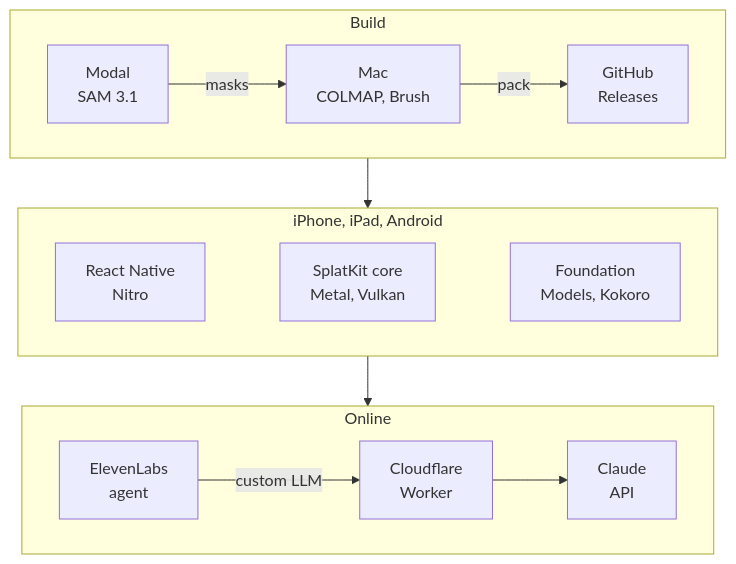
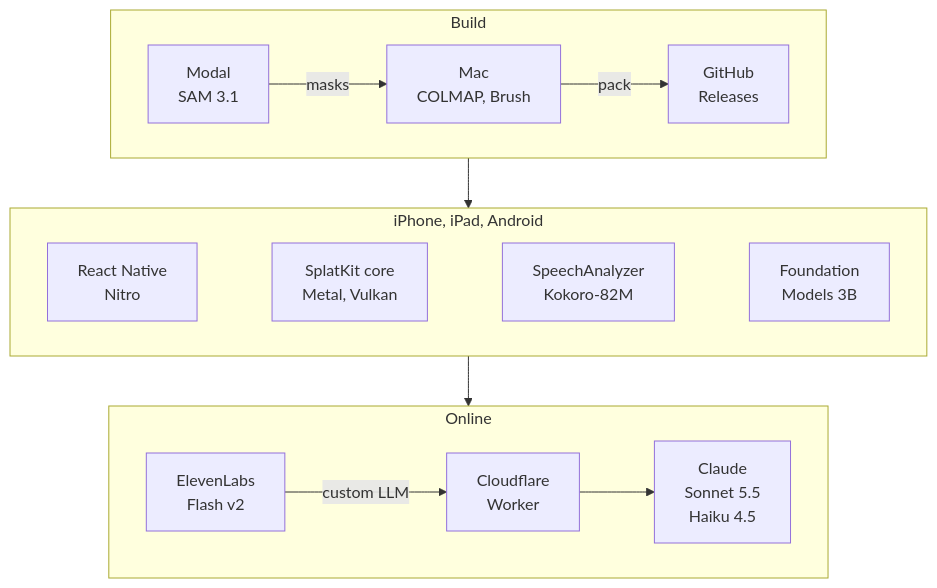
One commit to Xget7/splat-field-guide changed the first of 3 diagrams in README.md. Above: the diagram before and after it, drawn with Mermaid. The commit also changed other lines of this file and 1 other file, not shown here.

Commit message:
Name the exact models and move the splat pipeline into its package README

````diff
--- a/README.md
+++ b/README.md
@@ -12,19 +12,19 @@
 ```mermaid
 flowchart TB
   subgraph Build
     direction LR
     modal["Modal<br/>SAM 3.1"] -->|"masks"| mac["Mac<br/>COLMAP, Brush"]
     mac -->|"pack"| github["GitHub<br/>Releases"]
   end
   subgraph Device["iPhone, iPad, Android"]
     direction LR
-    app["React Native<br/>Nitro"] ~~~ splat["SplatKit core<br/>Metal, Vulkan"] ~~~ speech["Foundation<br/>Models, Kokoro"]
+    app["React Native<br/>Nitro"] ~~~ splat["SplatKit core<br/>Metal, Vulkan"] ~~~ speech["SpeechAnalyzer<br/>Kokoro-82M"] ~~~ model["Foundation<br/>Models 3B"]
   end
   subgraph Online
     direction LR
-    eleven["ElevenLabs<br/>agent"] -->|"custom LLM"| worker["Cloudflare<br/>Worker"]
-    worker --> claude["Claude<br/>API"]
+    eleven["ElevenLabs<br/>Flash v2"] -->|"custom LLM"| worker["Cloudflare<br/>Worker"]
+    worker --> claude["Claude<br/>Sonnet 5.5<br/>Haiku 4.5"]
   end
   Build --> Device
   Device --> Online
 ```
````
